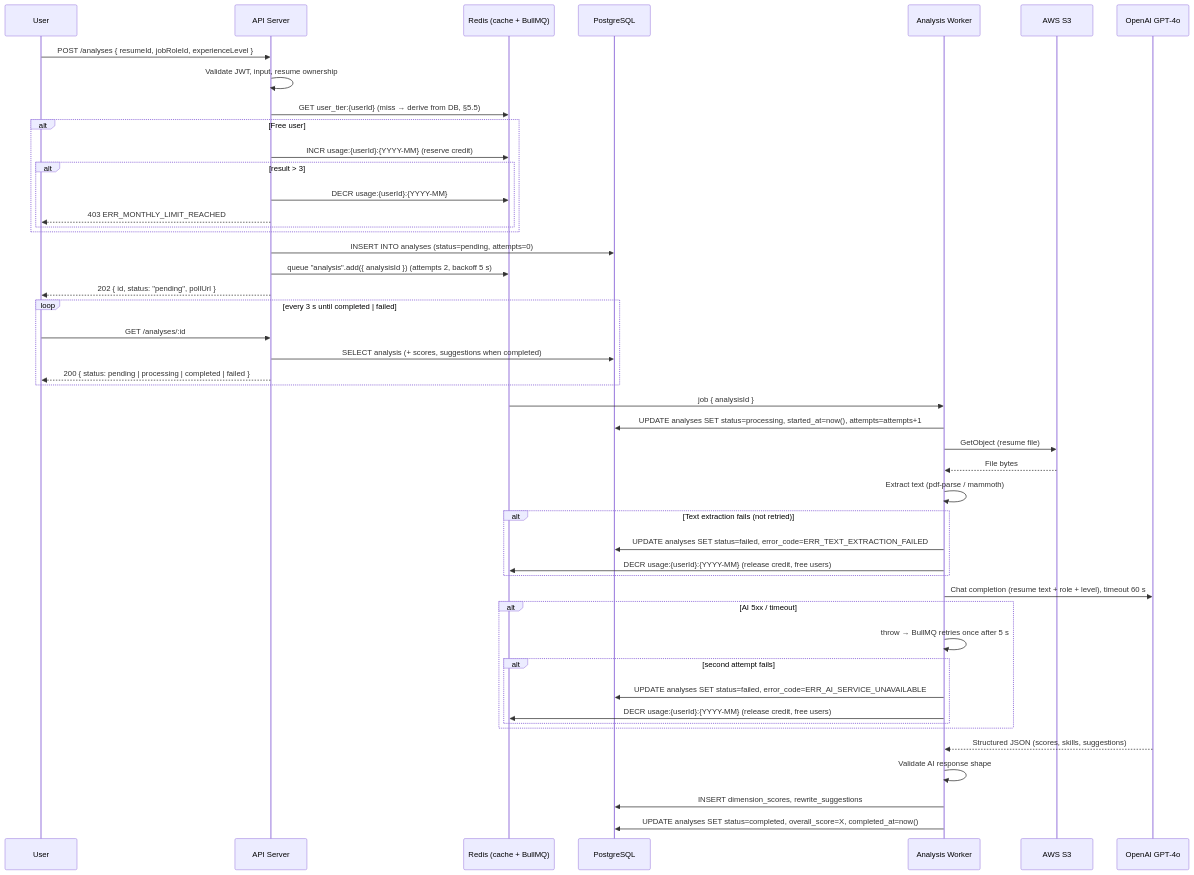
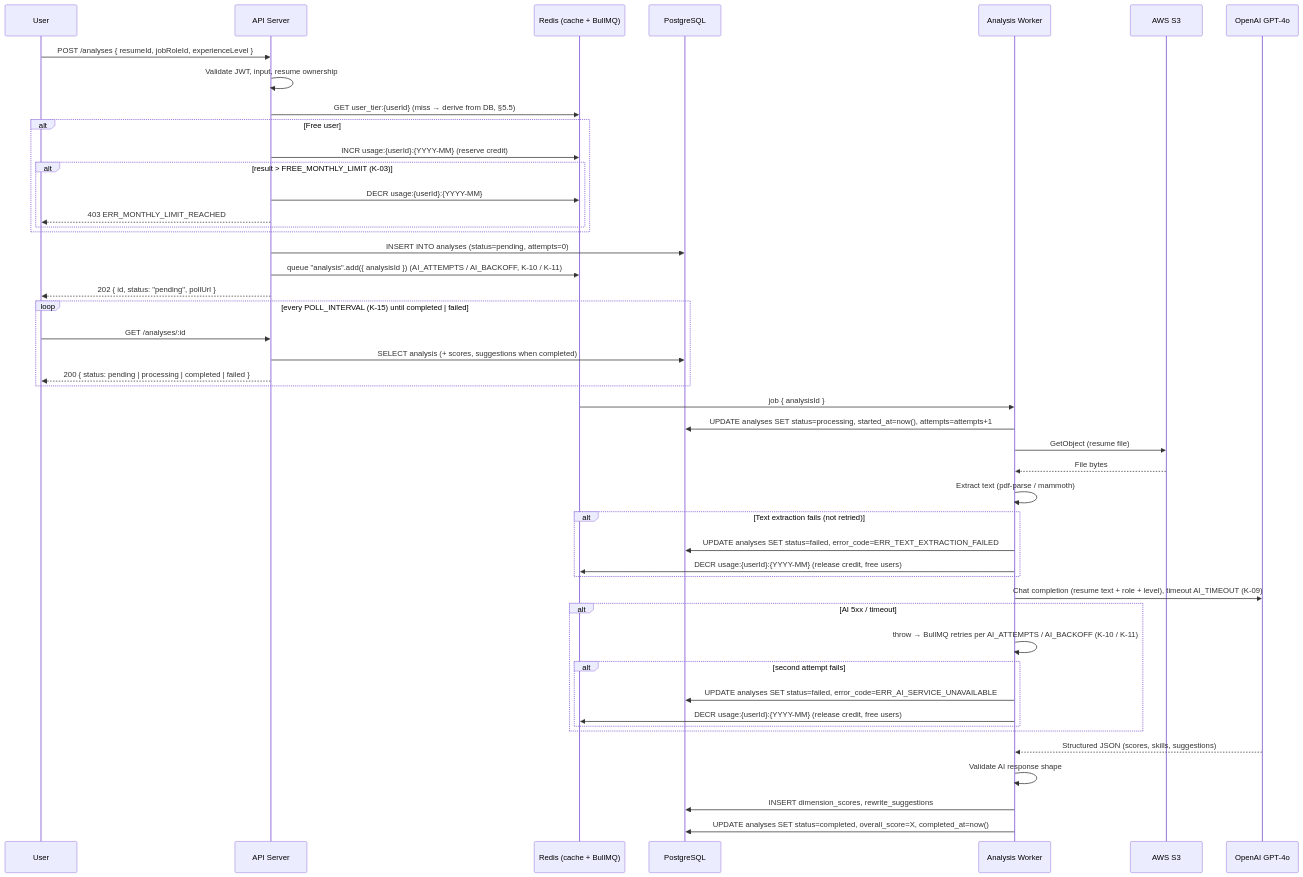
Before and after one commit to divii-school/spec-homework: the third of 6 diagrams in sovan/spec.md, drawn with Mermaid. The commit also changed other lines of this file, not shown here.

Commit message:
docs(spec): v1.3 step 1 — add §3.4 constants table (K-01..K-40) and reference it from every rule; resolve FR-004 60 s vs NFR-001 30 s

````diff
--- a/sovan/spec.md
+++ b/sovan/spec.md
@@ -312,52 +371,52 @@
 ```mermaid
 sequenceDiagram
     participant U as User
     participant A as API Server
     participant R as Redis (cache + BullMQ)
     participant DB as PostgreSQL
     participant W as Analysis Worker
     participant S3 as AWS S3
     participant AI as OpenAI GPT-4o
 
     U->>A: POST /analyses { resumeId, jobRoleId, experienceLevel }
     A->>A: Validate JWT, input, resume ownership
     A->>R: GET user_tier:{userId} (miss → derive from DB, §5.5)
     alt Free user
         A->>R: INCR usage:{userId}:{YYYY-MM} (reserve credit)
-        alt result > 3
+        alt result > FREE_MONTHLY_LIMIT (K-03)
             A->>R: DECR usage:{userId}:{YYYY-MM}
             A-->>U: 403 ERR_MONTHLY_LIMIT_REACHED
         end
     end
     A->>DB: INSERT INTO analyses (status=pending, attempts=0)
-    A->>R: queue "analysis".add({ analysisId }) (attempts 2, backoff 5 s)
+    A->>R: queue "analysis".add({ analysisId }) (AI_ATTEMPTS / AI_BACKOFF, K-10 / K-11)
     A-->>U: 202 { id, status: "pending", pollUrl }
 
-    loop every 3 s until completed | failed
+    loop every POLL_INTERVAL (K-15) until completed | failed
         U->>A: GET /analyses/:id
         A->>DB: SELECT analysis (+ scores, suggestions when completed)
         A-->>U: 200 { status: pending | processing | completed | failed }
     end
 
     R->>W: job { analysisId }
     W->>DB: UPDATE analyses SET status=processing, started_at=now(), attempts=attempts+1
     W->>S3: GetObject (resume file)
     S3-->>W: File bytes
     W->>W: Extract text (pdf-parse / mammoth)
     alt Text extraction fails (not retried)
         W->>DB: UPDATE analyses SET status=failed, error_code=ERR_TEXT_EXTRACTION_FAILED
         W->>R: DECR usage:{userId}:{YYYY-MM} (release credit, free users)
     end
-    W->>AI: Chat completion (resume text + role + level), timeout 60 s
+    W->>AI: Chat completion (resume text + role + level), timeout AI_TIMEOUT (K-09)
     alt AI 5xx / timeout
-        W->>W: throw → BullMQ retries once after 5 s
+        W->>W: throw → BullMQ retries per AI_ATTEMPTS / AI_BACKOFF (K-10 / K-11)
         alt second attempt fails
             W->>DB: UPDATE analyses SET status=failed, error_code=ERR_AI_SERVICE_UNAVAILABLE
             W->>R: DECR usage:{userId}:{YYYY-MM} (release credit, free users)
         end
     end
     AI-->>W: Structured JSON (scores, skills, suggestions)
     W->>W: Validate AI response shape
     W->>DB: INSERT dimension_scores, rewrite_suggestions
     W->>DB: UPDATE analyses SET status=completed, overall_score=X, completed_at=now()
 ```
````
